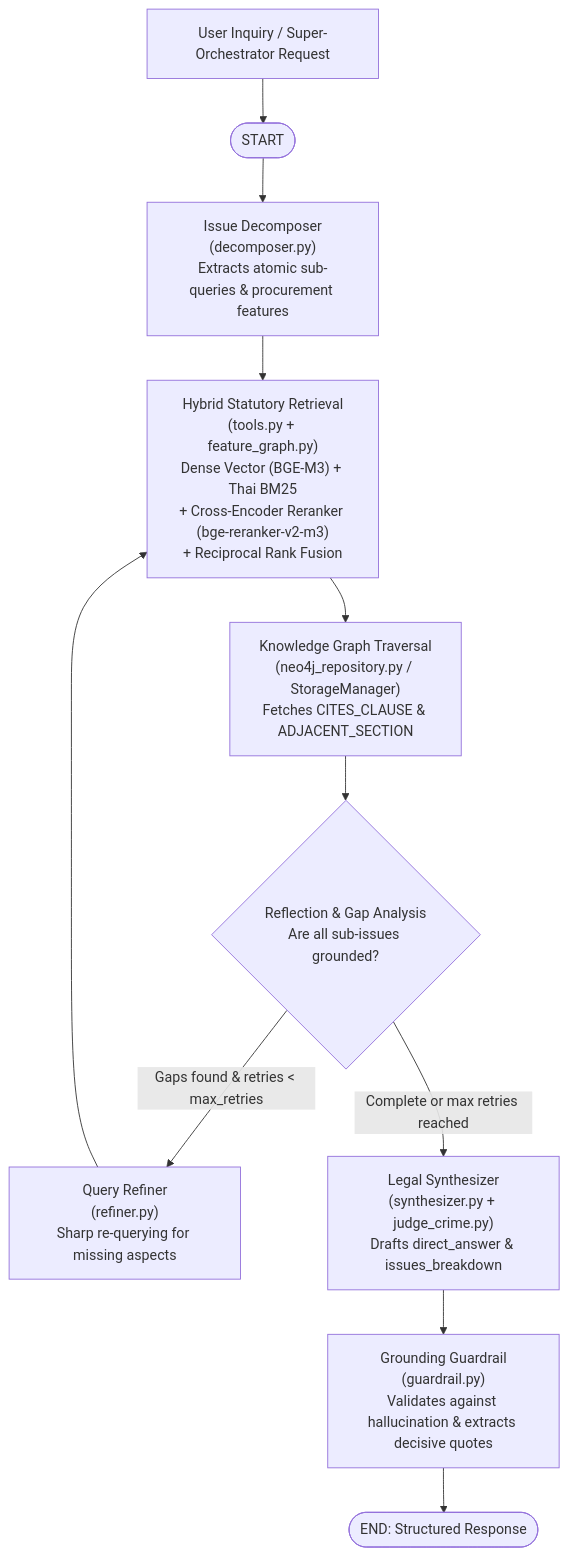
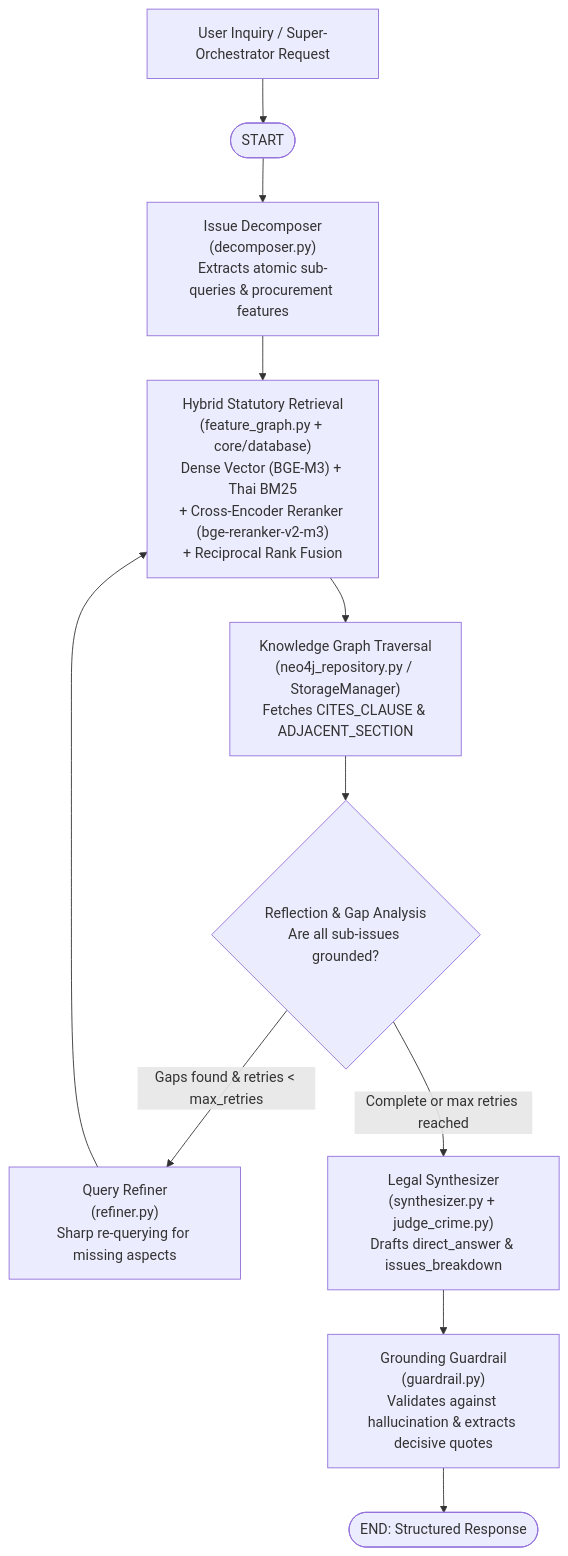
One commit to PaweekornS/ProcurementQA_Agent changed the diagram in docs/REPORT.md. Above: the diagram before and after it, drawn with Mermaid. The commit also changed other lines of this file and 21 other files, not shown here.

````diff
--- a/docs/REPORT.md
+++ b/docs/REPORT.md
@@ -13,20 +13,20 @@
 ```mermaid
 flowchart TD
     Q["User Inquiry / Super-Orchestrator Request"] --> START([START])
     START --> DEC["Issue Decomposer\n(decomposer.py)\nExtracts atomic sub-queries & procurement features"]
     
-    DEC --> RET["Hybrid Statutory Retrieval\n(tools.py + feature_graph.py)\nDense Vector (BGE-M3) + Thai BM25\n+ Cross-Encoder Reranker (bge-reranker-v2-m3)\n+ Reciprocal Rank Fusion"]
+    DEC --> RET["Hybrid Statutory Retrieval\n(feature_graph.py + core/database)\nDense Vector (BGE-M3) + Thai BM25\n+ Cross-Encoder Reranker (bge-reranker-v2-m3)\n+ Reciprocal Rank Fusion"]
     
     RET --> TRAV["Knowledge Graph Traversal\n(neo4j_repository.py / StorageManager)\nFetches CITES_CLAUSE & ADJACENT_SECTION"]
     
     TRAV --> REFL{"Reflection & Gap Analysis\nAre all sub-issues grounded?"}
     
     REFL -- "Gaps found & retries < max_retries" --> REF["Query Refiner\n(refiner.py)\nSharp re-querying for missing aspects"]
     REF --> RET
     
     REFL -- "Complete or max retries reached" --> SYN["Legal Synthesizer\n(synthesizer.py + judge_crime.py)\nDrafts direct_answer & issues_breakdown"]
     
     SYN --> GUARD["Grounding Guardrail\n(guardrail.py)\nValidates against hallucination & extracts decisive quotes"]
     
     GUARD --> END([END: Structured Response])
 ```
````
